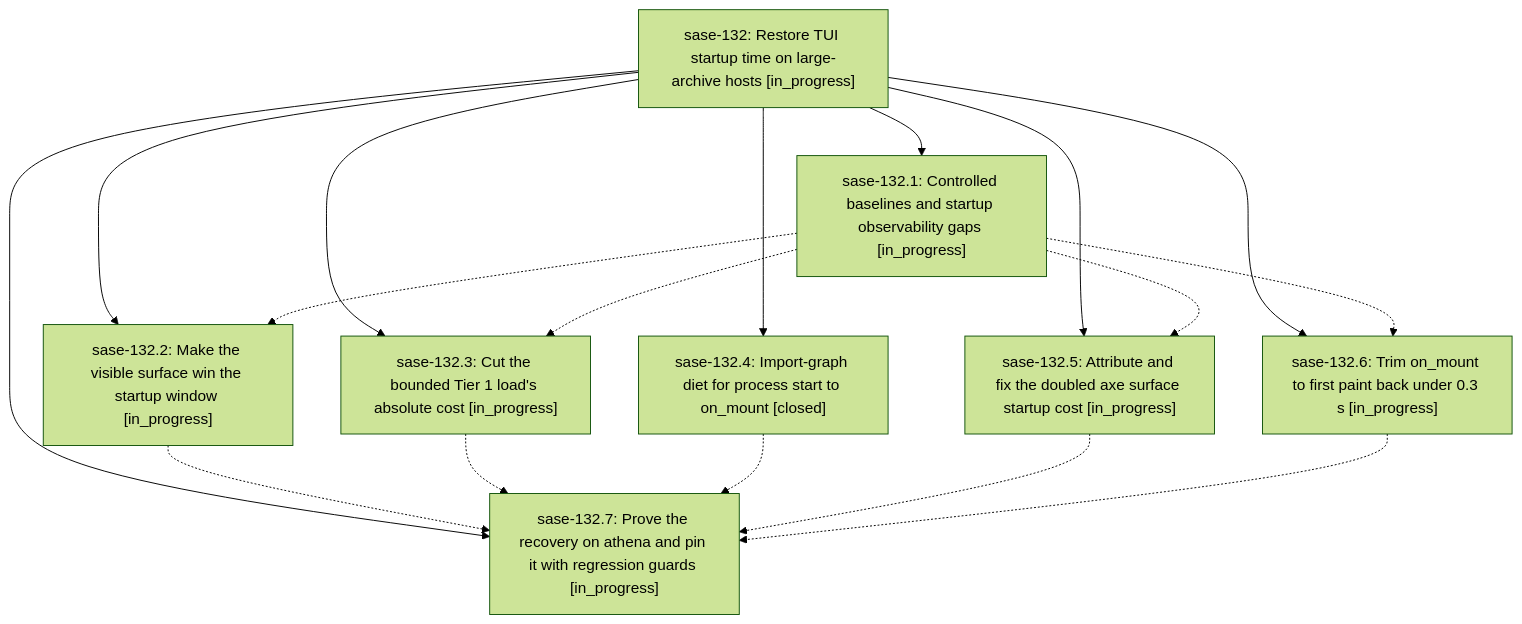
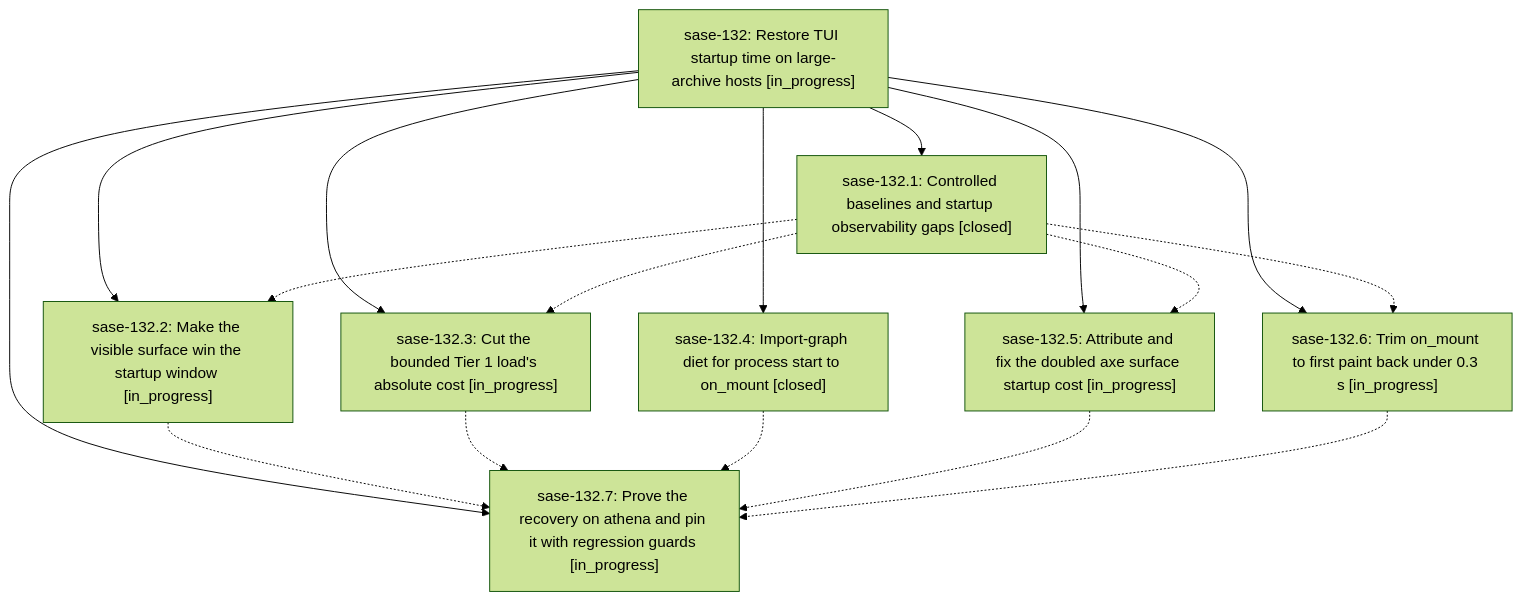
Before and after one commit to sase-org/sase--beads: the diagram in pages/sase-132/README.md, drawn with Mermaid (forest theme). The commit also changed other lines of this file and 5 other files, not shown here.

````diff
--- a/pages/sase-132/README.md
+++ b/pages/sase-132/README.md
@@ -28,27 +40,27 @@
 ```mermaid
 flowchart TD
     n0["sase-132: Restore TUI startup time on large-archive hosts [in_progress]"]
-    n1["sase-132.1: Controlled baselines and startup observability gaps [in_progress]"]
+    n1["sase-132.1: Controlled baselines and startup observability gaps [closed]"]
     n2["sase-132.2: Make the visible surface win the startup window [in_progress]"]
     n3["sase-132.3: Cut the bounded Tier 1 load's absolute cost [in_progress]"]
     n4["sase-132.4: Import-graph diet for process start to on_mount [closed]"]
     n5["sase-132.5: Attribute and fix the doubled axe surface startup cost [in_progress]"]
     n6["sase-132.6: Trim on_mount to first paint back under 0.3 s [in_progress]"]
     n7["sase-132.7: Prove the recovery on athena and pin it with regression guards [in_progress]"]
     n0 --> n1
     n0 --> n2
     n0 --> n3
     n0 --> n4
     n0 --> n5
     n0 --> n6
     n0 --> n7
     n1 -.-> n2
     n1 -.-> n3
     n1 -.-> n5
     n1 -.-> n6
     n2 -.-> n7
     n3 -.-> n7
     n4 -.-> n7
     n5 -.-> n7
     n6 -.-> n7
 ```
````
